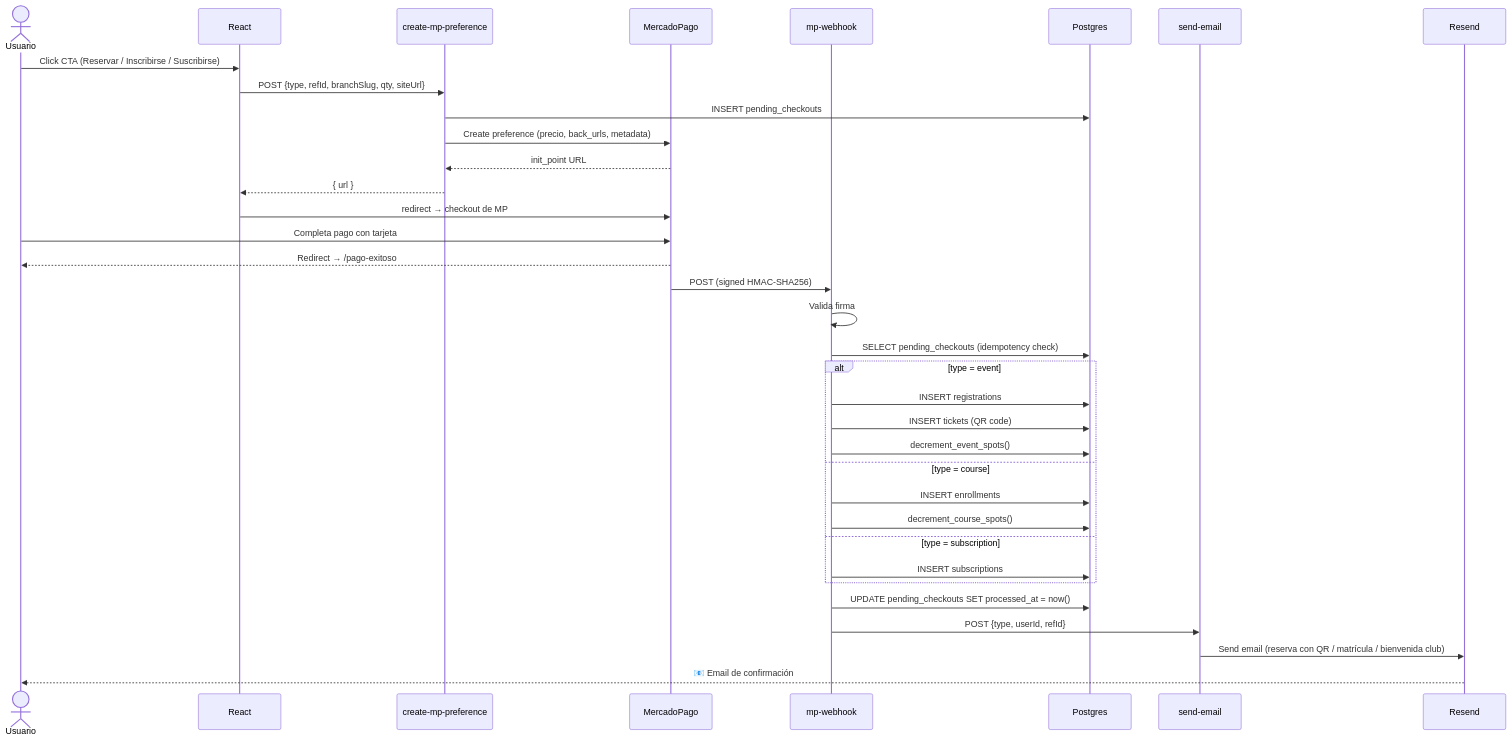
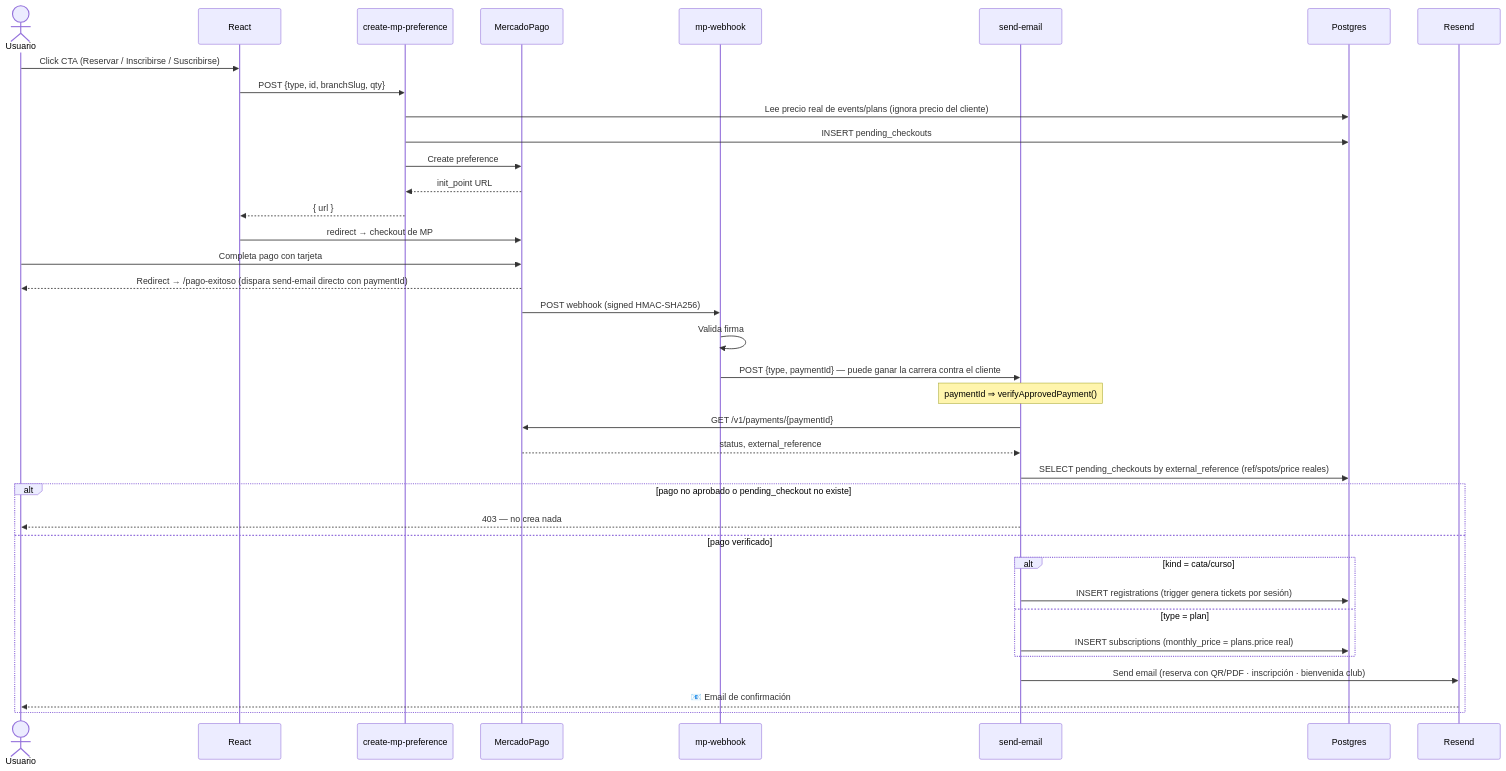
The fourth of 5 diagrams in docs/architecture-diagrams.md (lauta-rial/lodegranados-v2), drawn with Mermaid before and after one commit. The commit also changed other lines of this file, not shown here.

First line of the commit message:
Rewrite architecture diagrams to match current state, cut one for simplicity

````diff
--- a/docs/architecture-diagrams.md
+++ b/docs/architecture-diagrams.md
@@ -108,42 +108,43 @@
 ```mermaid
 sequenceDiagram
     actor U as Usuario
     participant R as React
     participant EF1 as create-mp-preference
     participant MP as MercadoPago
     participant EF2 as mp-webhook
+    participant EF3 as send-email
     participant DB as Postgres
-    participant EF3 as send-email
     participant RS as Resend
 
     U->>R: Click CTA (Reservar / Inscribirse / Suscribirse)
-    R->>EF1: POST {type, refId, branchSlug, qty, siteUrl}
+    R->>EF1: POST {type, id, branchSlug, qty}
+    EF1->>DB: Lee precio real de events/plans (ignora precio del cliente)
     EF1->>DB: INSERT pending_checkouts
-    EF1->>MP: Create preference (precio, back_urls, metadata)
+    EF1->>MP: Create preference
     MP-->>EF1: init_point URL
     EF1-->>R: { url }
     R->>MP: redirect → checkout de MP
 
     U->>MP: Completa pago con tarjeta
-    MP-->>U: Redirect → /pago-exitoso
+    MP-->>U: Redirect → /pago-exitoso (dispara send-email directo con paymentId)
+    MP->>EF2: POST webhook (signed HMAC-SHA256)
+    EF2->>EF2: Valida firma
+    EF2->>EF3: POST {type, paymentId} — puede ganar la carrera contra el cliente
 
-    MP->>EF2: POST (signed HMAC-SHA256)
-    EF2->>EF2: Valida firma
-    EF2->>DB: SELECT pending_checkouts (idempotency check)
+    Note over EF3: paymentId ⇒ verifyApprovedPayment()
+    EF3->>MP: GET /v1/payments/{paymentId}
+    MP-->>EF3: status, external_reference
+    EF3->>DB: SELECT pending_checkouts by external_reference (ref/spots/price reales)
 
-    alt type = event
-        EF2->>DB: INSERT registrations
-        EF2->>DB: INSERT tickets (QR code)
-        EF2->>DB: decrement_event_spots()
-    else type = course
-        EF2->>DB: INSERT enrollments
-        EF2->>DB: decrement_course_spots()
-    else type = subscription
-        EF2->>DB: INSERT subscriptions
+    alt pago no aprobado o pending_checkout no existe
+        EF3-->>U: 403 — no crea nada
+    else pago verificado
+        alt kind = cata/curso
+            EF3->>DB: INSERT registrations (trigger genera tickets por sesión)
+        else type = plan
+            EF3->>DB: INSERT subscriptions (monthly_price = plans.price real)
+        end
+        EF3->>RS: Send email (reserva con QR/PDF · inscripción · bienvenida club)
+        RS-->>U: 📧 Email de confirmación
     end
-
-    EF2->>DB: UPDATE pending_checkouts SET processed_at = now()
-    EF2->>EF3: POST {type, userId, refId}
-    EF3->>RS: Send email (reserva con QR / matrícula / bienvenida club)
-    RS-->>U: 📧 Email de confirmación
 ```
````
